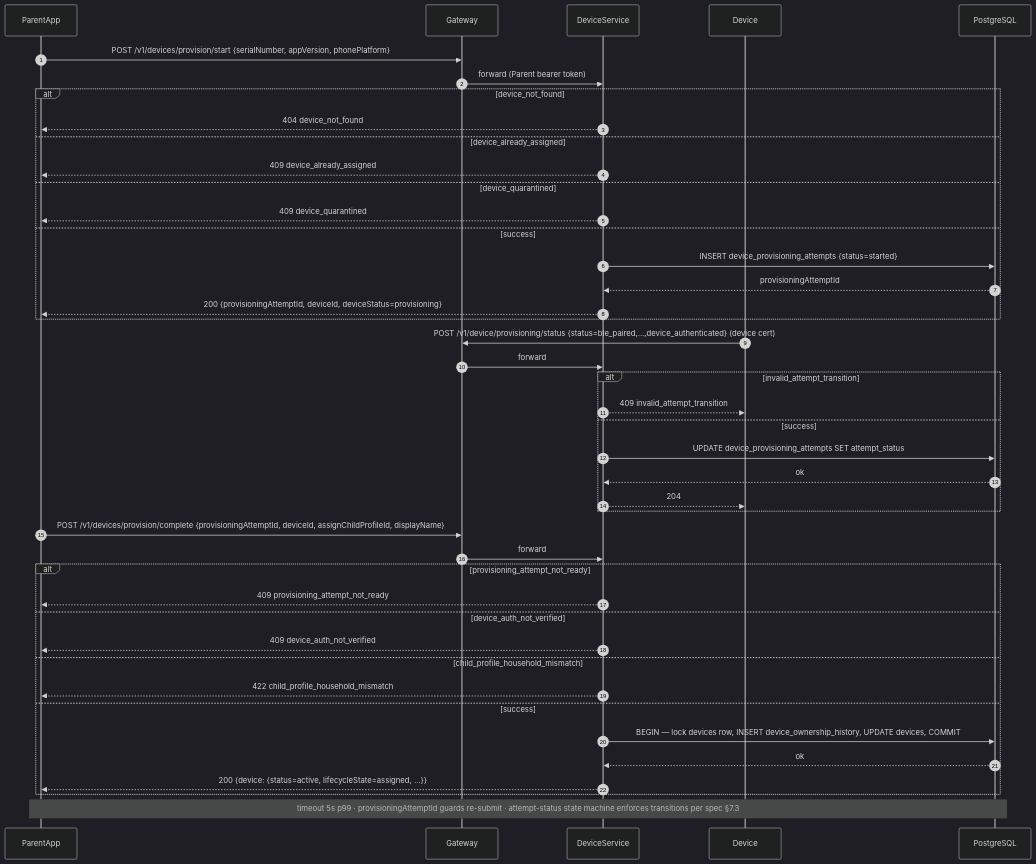
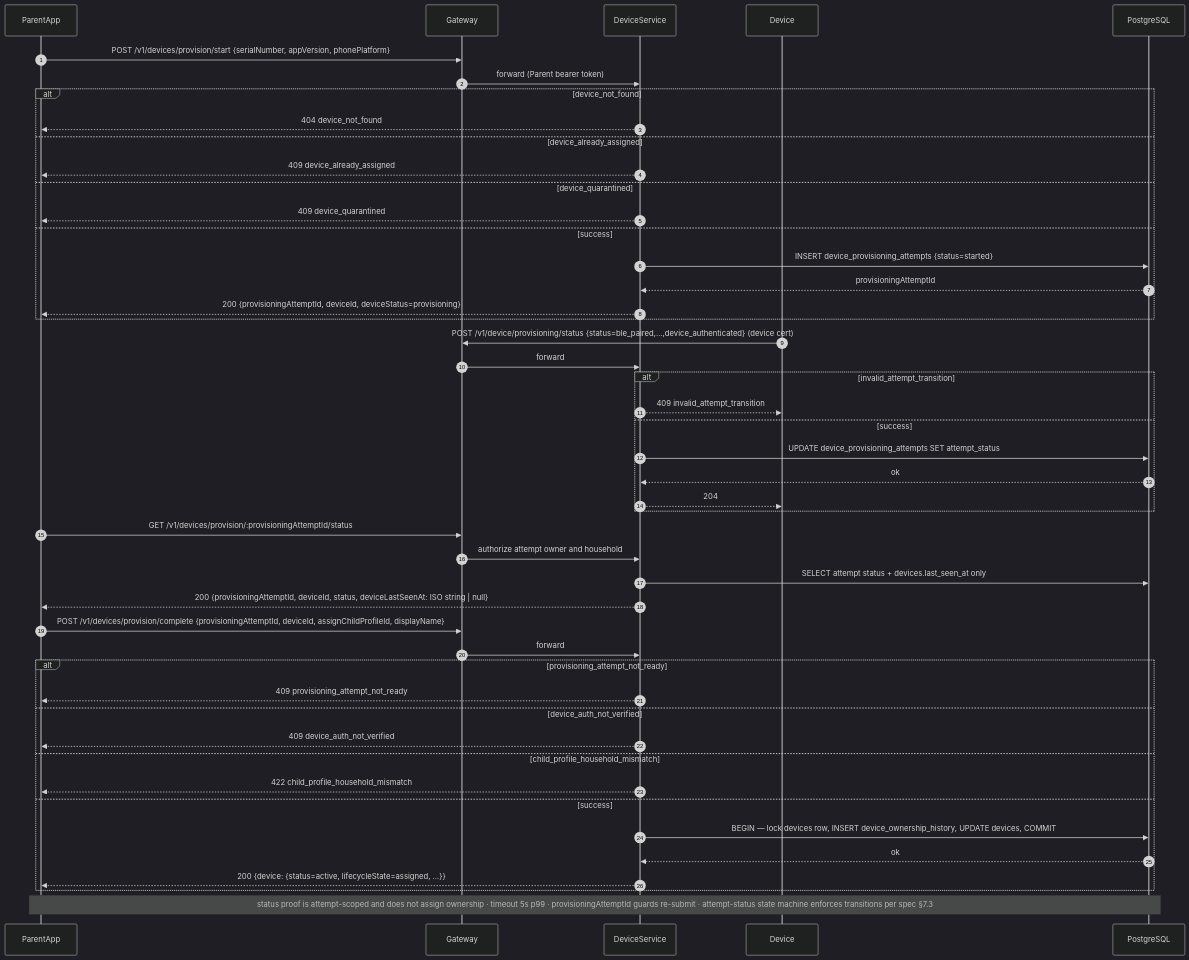
One commit to JSR-Algo/TJBOT-Mobile changed the diagram in migrate-ui-ux-to-mobile-app-docs/sequences/02-device/consumer-provisioning.sequence.mmd. Above: the diagram before and after it, drawn with Mermaid (dark theme). The commit also changed 7 other files, not shown here.

```diff
--- a/migrate-ui-ux-to-mobile-app-docs/sequences/02-device/consumer-provisioning.sequence.mmd
+++ b/migrate-ui-ux-to-mobile-app-docs/sequences/02-device/consumer-provisioning.sequence.mmd
@@ -1,72 +1,77 @@
 ---
 system: sys-02-device-provisioning-registry
 flow_id: consumer-provisioning
 surface: mobile
 spec_anchor: /software/systems/02-device-provisioning-registry#parent-app-endpoints
 actors: [ParentApp, Gateway, DeviceService, Device, PostgreSQL]
 apis:
   - POST /v1/devices/provision/start
   - POST /v1/device/provisioning/status
   - POST /v1/devices/provision/complete
 externals: []
 queues: []
 failure_paths:
   - device_not_found
   - device_already_assigned
   - device_quarantined
   - provisioning_attempt_not_ready
   - device_auth_not_verified
   - child_profile_household_mismatch
 idempotency: provisioningAttemptId per attempt — multiple provision/complete with same attempt id are blocked by attempt-status guard
 retry: parent app retries on 5xx with exponential backoff
 timeout: 5s p99 per endpoint
 status: final
 ---
 %% HAND-CURATED.
 sequenceDiagram
     autonumber
     participant ParentApp
     participant Gateway
     participant DeviceService
     participant Device
     participant PostgreSQL
 
     ParentApp->>Gateway: POST /v1/devices/provision/start {serialNumber, appVersion, phonePlatform}
     Gateway->>DeviceService: forward (Parent bearer token)
     alt device_not_found
         DeviceService-->>ParentApp: 404 device_not_found
     else device_already_assigned
         DeviceService-->>ParentApp: 409 device_already_assigned
     else device_quarantined
         DeviceService-->>ParentApp: 409 device_quarantined
     else success
         DeviceService->>PostgreSQL: INSERT device_provisioning_attempts {status=started}
         PostgreSQL-->>DeviceService: provisioningAttemptId
         DeviceService-->>ParentApp: 200 {provisioningAttemptId, deviceId, deviceStatus=provisioning}
     end
 
     Device->>Gateway: POST /v1/device/provisioning/status {status=ble_paired,…,device_authenticated} (device cert)
     Gateway->>DeviceService: forward
     alt invalid_attempt_transition
         DeviceService-->>Device: 409 invalid_attempt_transition
     else success
         DeviceService->>PostgreSQL: UPDATE device_provisioning_attempts SET attempt_status
         PostgreSQL-->>DeviceService: ok
         DeviceService-->>Device: 204
     end
 
+    ParentApp->>Gateway: GET /v1/devices/provision/:provisioningAttemptId/status
+    Gateway->>DeviceService: authorize attempt owner and household
+    DeviceService->>PostgreSQL: SELECT attempt status + devices.last_seen_at only
+    DeviceService-->>ParentApp: 200 {provisioningAttemptId, deviceId, status, deviceLastSeenAt: ISO string | null}
+
     ParentApp->>Gateway: POST /v1/devices/provision/complete {provisioningAttemptId, deviceId, assignChildProfileId, displayName}
     Gateway->>DeviceService: forward
     alt provisioning_attempt_not_ready
         DeviceService-->>ParentApp: 409 provisioning_attempt_not_ready
     else device_auth_not_verified
         DeviceService-->>ParentApp: 409 device_auth_not_verified
     else child_profile_household_mismatch
         DeviceService-->>ParentApp: 422 child_profile_household_mismatch
     else success
         DeviceService->>PostgreSQL: BEGIN — lock devices row, INSERT device_ownership_history, UPDATE devices, COMMIT
         PostgreSQL-->>DeviceService: ok
         DeviceService-->>ParentApp: 200 {device: {status=active, lifecycleState=assigned, …}}
     end
 
-    Note over ParentApp,PostgreSQL: timeout 5s p99 · provisioningAttemptId guards re-submit · attempt-status state machine enforces transitions per spec §7.3
+    Note over ParentApp,PostgreSQL: status proof is attempt-scoped and does not assign ownership · timeout 5s p99 · provisioningAttemptId guards re-submit · attempt-status state machine enforces transitions per spec §7.3
```
